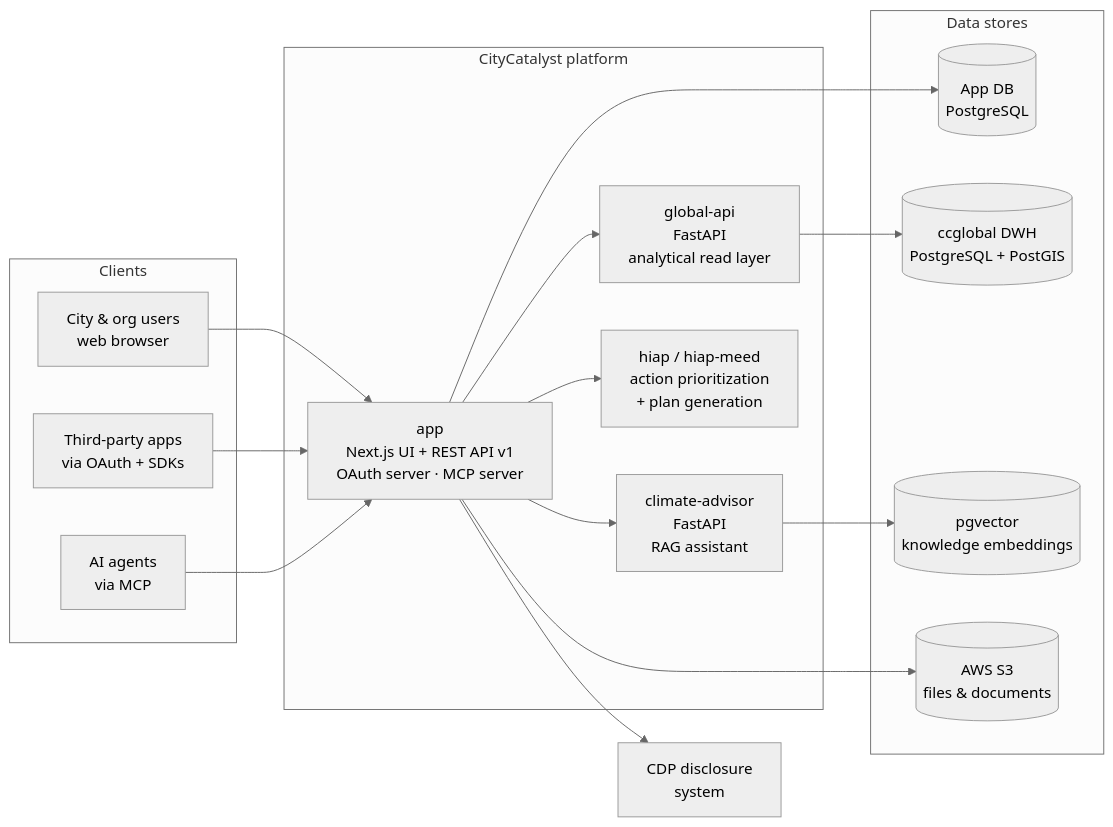
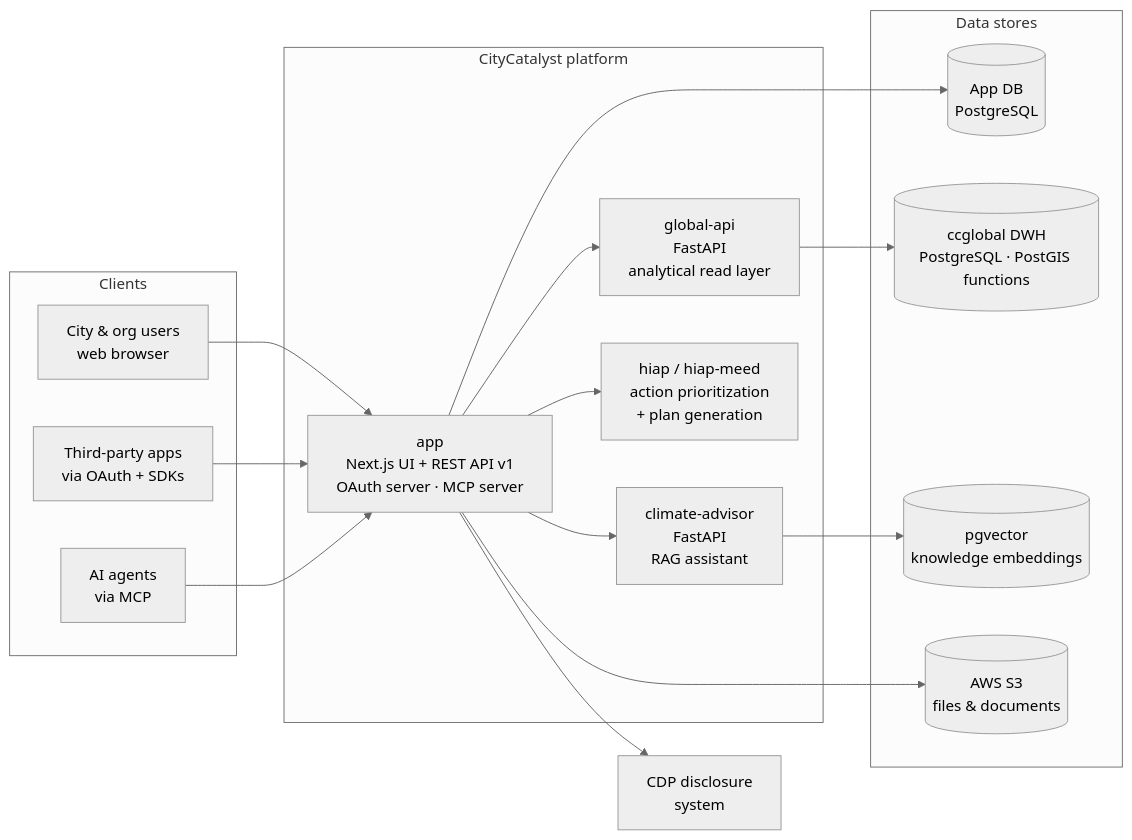
Before and after one commit to Open-Earth-Foundation/CityCatalyst: the first of 6 diagrams in docs/TechDeepDiveIntoCityCatalyst.md, drawn with Mermaid (neutral theme). The commit also changed other lines of this file, not shown here.

````diff
--- a/docs/TechDeepDiveIntoCityCatalyst.md
+++ b/docs/TechDeepDiveIntoCityCatalyst.md
@@ -34,36 +34,36 @@
 ```mermaid
 flowchart LR
     subgraph Clients
         U[City & org users<br/>web browser]
         T[Third-party apps<br/>via OAuth + SDKs]
         A[AI agents<br/>via MCP]
     end
 
     subgraph "CityCatalyst platform"
         APP["app<br/>Next.js UI + REST API v1<br/>OAuth server · MCP server"]
         GA["global-api<br/>FastAPI<br/>analytical read layer"]
         CA["climate-advisor<br/>FastAPI<br/>RAG assistant"]
         HIAP["hiap / hiap-meed<br/>action prioritization<br/>+ plan generation"]
     end
 
     subgraph "Data stores"
         OP[(App DB<br/>PostgreSQL)]
-        DW[(ccglobal DWH<br/>PostgreSQL + PostGIS)]
+        DW[(ccglobal DWH<br/>PostgreSQL · PostGIS functions)]
         VDB[(pgvector<br/>knowledge embeddings)]
         S3[(AWS S3<br/>files & documents)]
     end
 
     EXT[CDP disclosure<br/>system]
 
     U --> APP
     T --> APP
     A --> APP
     APP --> OP
     APP --> S3
     APP --> GA
     APP --> CA
     APP --> HIAP
     GA --> DW
     CA --> VDB
     APP --> EXT
 ```
````
